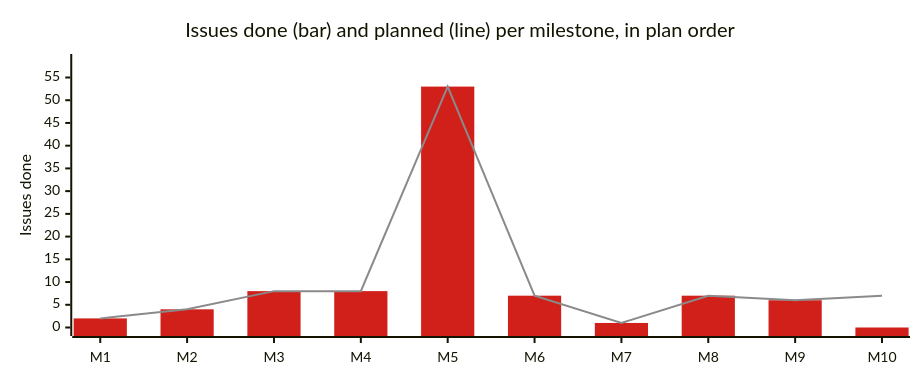
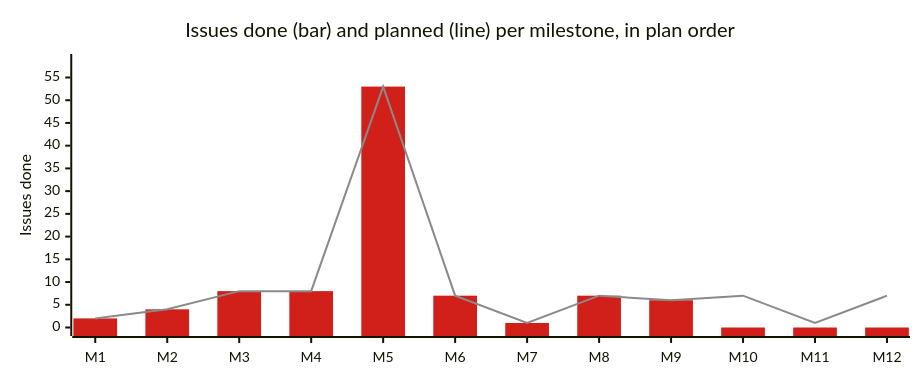
One commit to korczis/OpenTTD changed diagram 11 of 11 in README.md. Above: the diagram before and after it, drawn with Mermaid. The commit also changed other lines of this file and 15 other files, not shown here.

First line of the commit message:
Doc: [Plan] Milestones M11 (no open dependency alert) and M12 (every battle match explains itself) with I0117-I0124

````diff
--- a/README.md
+++ b/README.md
@@ -1554,19 +1556,19 @@
 ```mermaid
 ---
 config:
   xyChart:
     width: 900
     height: 360
   themeVariables:
     xyChart:
       plotColorPalette: "#d11f1a, #8a8a8a, #0b0b0b, #ece4d6"
 ---
 xychart-beta
     title "Issues done (bar) and planned (line) per milestone, in plan order"
-    x-axis ["M1", "M2", "M3", "M4", "M5", "M6", "M7", "M8", "M9", "M10"]
+    x-axis ["M1", "M2", "M3", "M4", "M5", "M6", "M7", "M8", "M9", "M10", "M11", "M12"]
     %% series: Issues done | Issues planned
-    %% links: .ai/repo/project/milestones/the-fork-is-a-governed-research-target.yaml | .ai/repo/project/milestones/a-change-is-validated-in-cost-tiers.yaml | .ai/repo/project/milestones/internals-are-observable-with-recorded-provenance.yaml | .ai/repo/project/milestones/prismatic-steers-a-company-through-the-bridge.yaml | .ai/repo/project/milestones/an-agent-reaches-the-game-over-mcp.yaml | .ai/repo/project/milestones/the-fork-is-published-supervised-and-current.yaml | .ai/repo/project/milestones/the-game-wears-the-owners-noir-style.yaml | .ai/repo/project/milestones/planning-is-generated-from-recorded-history.yaml | .ai/repo/project/milestones/rhai-is-a-live-ide.yaml | .ai/repo/project/milestones/records-and-status-tell-the-truth.yaml
+    %% links: .ai/repo/project/milestones/the-fork-is-a-governed-research-target.yaml | .ai/repo/project/milestones/a-change-is-validated-in-cost-tiers.yaml | .ai/repo/project/milestones/internals-are-observable-with-recorded-provenance.yaml | .ai/repo/project/milestones/prismatic-steers-a-company-through-the-bridge.yaml | .ai/repo/project/milestones/an-agent-reaches-the-game-over-mcp.yaml | .ai/repo/project/milestones/the-fork-is-published-supervised-and-current.yaml | .ai/repo/project/milestones/the-game-wears-the-owners-noir-style.yaml | .ai/repo/project/milestones/planning-is-generated-from-recorded-history.yaml | .ai/repo/project/milestones/rhai-is-a-live-ide.yaml | .ai/repo/project/milestones/records-and-status-tell-the-truth.yaml | .ai/repo/project/milestones/the-toolchain-carries-no-known-vulnerability.yaml | .ai/repo/project/milestones/every-battle-match-explains-itself.yaml
     y-axis "Issues done" 0 --> 58.3
-    bar [2, 4, 8, 8, 53, 7, 1, 7, 6, 0]
-    line [2, 4, 8, 8, 53, 7, 1, 7, 6, 7]
+    bar [2, 4, 8, 8, 53, 7, 1, 7, 6, 0, 0, 0]
+    line [2, 4, 8, 8, 53, 7, 1, 7, 6, 7, 1, 7]
 ```
````
